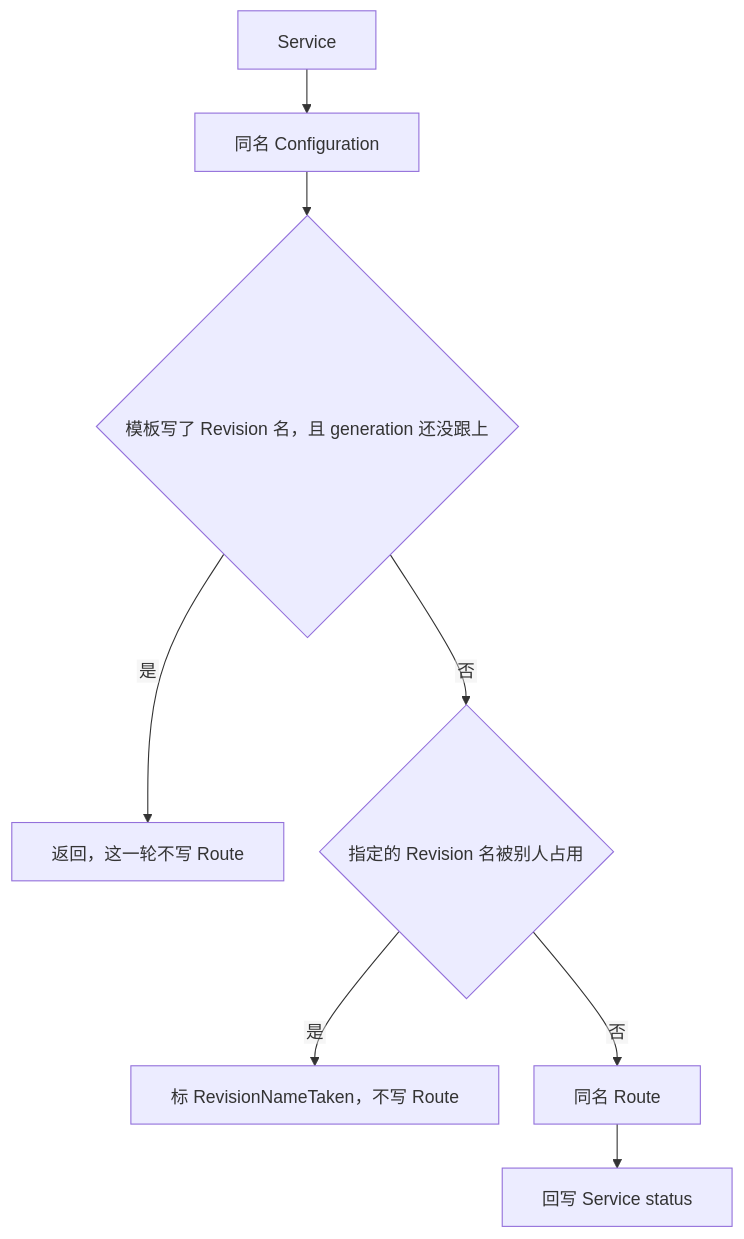
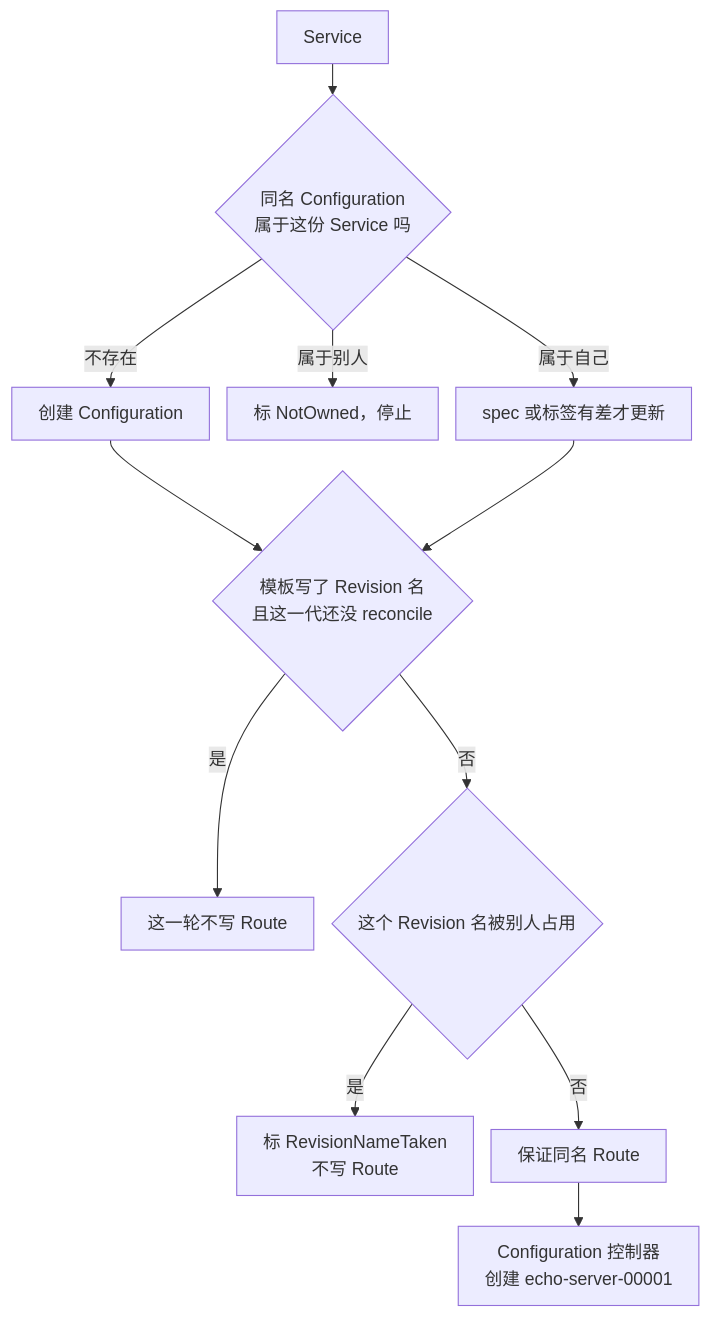
One commit to forrestIsRunning/knative-lab changed the diagram in docs/service-reconcile.md. Above: the diagram before and after it, drawn with Mermaid. The commit also changed other lines of this file and 6 other files, not shown here.

First line of the commit message:
把笔记收成一张 Knative 架构图

````diff
--- a/docs/service-reconcile.md
+++ b/docs/service-reconcile.md
@@ -34,11 +7,24 @@
 ```mermaid
-%%{init: {"htmlLabels": false, "flowchart": {"curve": "basis", "nodeSpacing": 32, "rankSpacing": 40, "padding": 18, "wrappingWidth": 800}}}%%
-flowchart TD
-  svc["Service"] --> cfg["同名 Configuration"]
-  cfg --> byo{"模板写了 Revision 名，且 generation 还没跟上"}
-  byo -->|是| stop["返回，这一轮不写 Route"]
-  byo -->|否| name{"指定的 Revision 名被别人占用"}
-  name -->|是| taken["标 RevisionNameTaken，不写 Route"]
-  name -->|否| route["同名 Route"]
-  route --> status["回写 Service status"]
+---
+config:
+  flowchart:
+    htmlLabels: true
+    wrappingWidth: 240
+    padding: 12
+    useMaxWidth: false
+    rankSpacing: 28
+    nodeSpacing: 16
+---
+flowchart TB
+  SVC["Service"] --> OWN{"同名 Configuration<br/>属于这份 Service 吗"}
+  OWN -->|不存在| CREATE["创建 Configuration"]
+  OWN -->|属于别人| STOP1["标 NotOwned，停止"]
+  OWN -->|属于自己| DIFF["spec 或标签有差才更新"]
+  CREATE --> GEN{"模板写了 Revision 名<br/>且这一代还没 reconcile"}
+  DIFF --> GEN
+  GEN -->|是| WAIT["这一轮不写 Route"]
+  GEN -->|否| NAME{"这个 Revision 名被别人占用"}
+  NAME -->|是| STOP2["标 RevisionNameTaken<br/>不写 Route"]
+  NAME -->|否| ROUTE["保证同名 Route"]
+  ROUTE --> REV["Configuration 控制器<br/>创建 echo-server-00001"]
 ```
````
